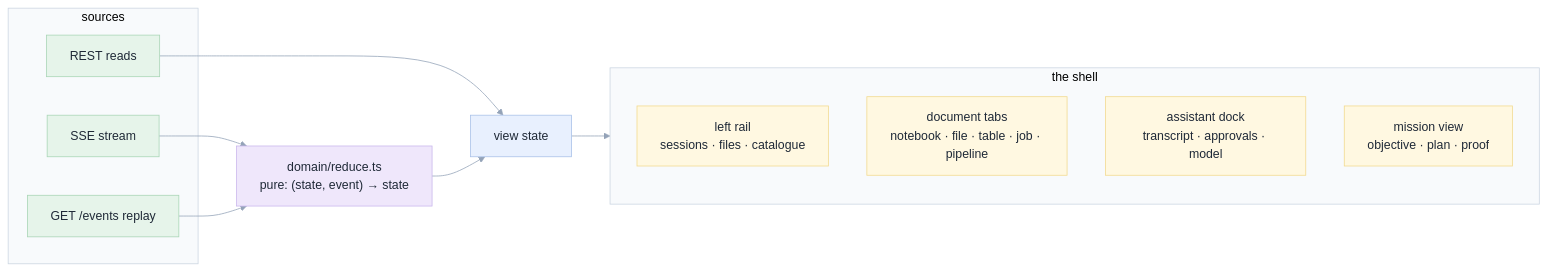
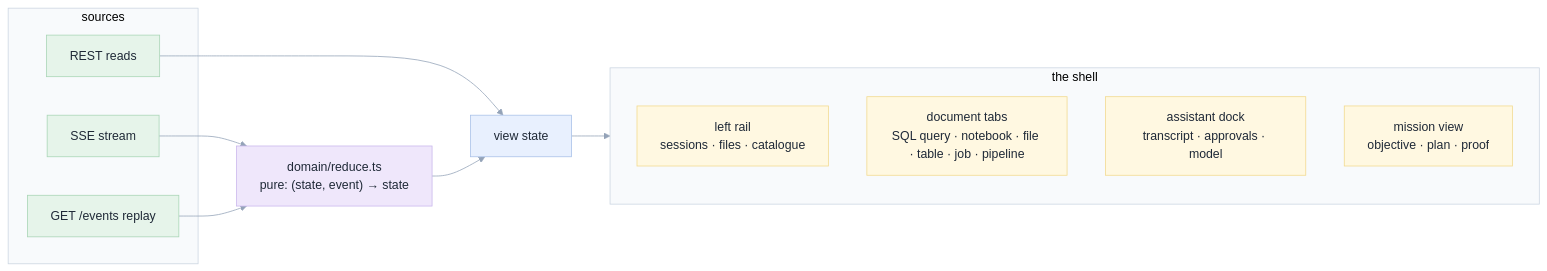
One commit to raphaelmansuy/edgegenie changed diagram 12 of 13 in docs/08-architecture.md. Above: the diagram before and after it, drawn with Mermaid. The commit also changed other lines of this file and 3 other files, not shown here.

Commit message:
Align published architecture checks with SQL query support

````diff
--- a/docs/08-architecture.md
+++ b/docs/08-architecture.md
@@ -652,28 +659,28 @@
 ```mermaid
 %%{init: {'theme':'base','themeVariables':{'primaryColor':'#E8F0FE','primaryTextColor':'#1F2937','primaryBorderColor':'#A8C0E8','lineColor':'#94A3B8','clusterBkg':'#F8FAFC','clusterBorder':'#CBD5E1'}}}%%
 flowchart LR
     subgraph SRC["sources"]
         SSE["SSE stream"]:::green
         FIN["GET /events replay"]:::green
         REST["REST reads"]:::green
     end
     RED["domain/reduce.ts<br/>pure: (state, event) → state"]:::purple
     ST["view state"]
 
     subgraph SHELL["the shell"]
         direction TB
         RAIL["left rail<br/>sessions · files · catalogue"]:::yellow
-        TABS["document tabs<br/>notebook · file · table · job · pipeline"]:::yellow
+        TABS["document tabs<br/>SQL query · notebook · file · table · job · pipeline"]:::yellow
         DOCK["assistant dock<br/>transcript · approvals · model"]:::yellow
         MISSION["mission view<br/>objective · plan · proof"]:::yellow
     end
     SSE --> RED
     FIN --> RED
     REST --> ST
     RED --> ST
     ST --> SHELL
 
     classDef green fill:#E6F4EA,stroke:#A8D5B5,color:#1F2937
     classDef purple fill:#EFE7FB,stroke:#C9B6EC,color:#1F2937
     classDef yellow fill:#FFF8E1,stroke:#F2D98D,color:#1F2937
 ```
````
